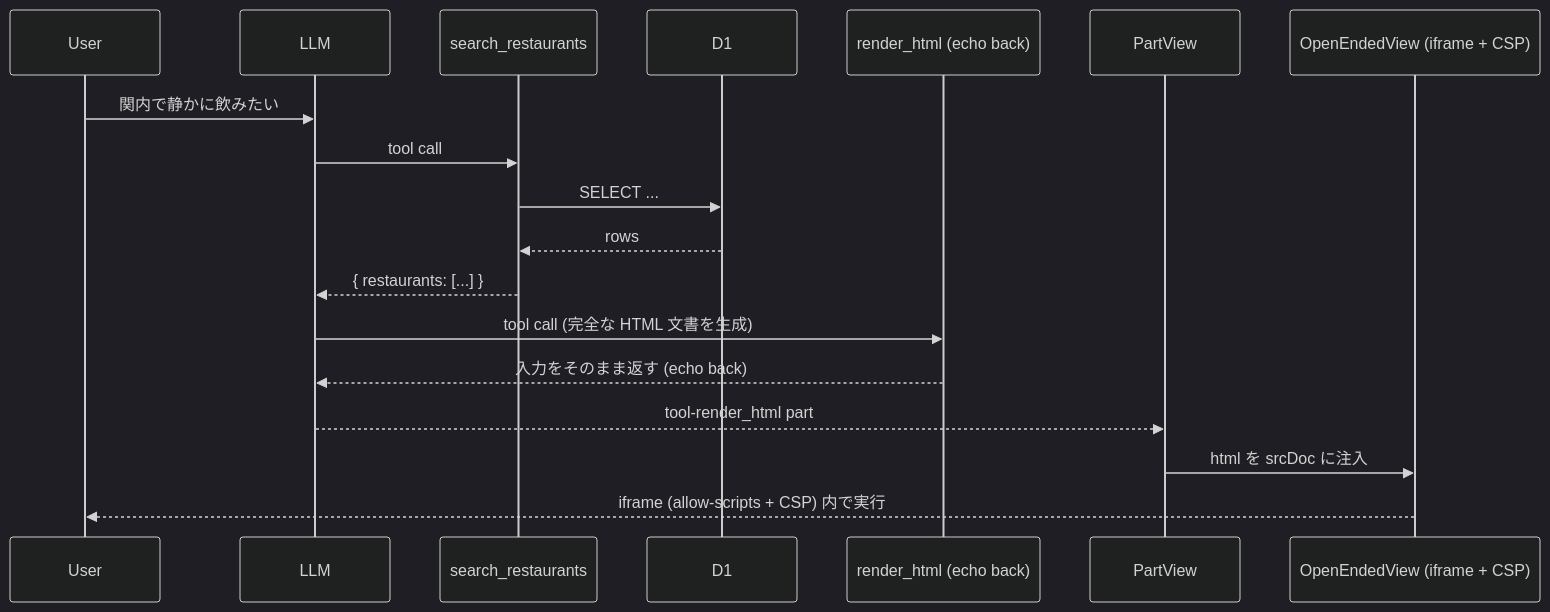
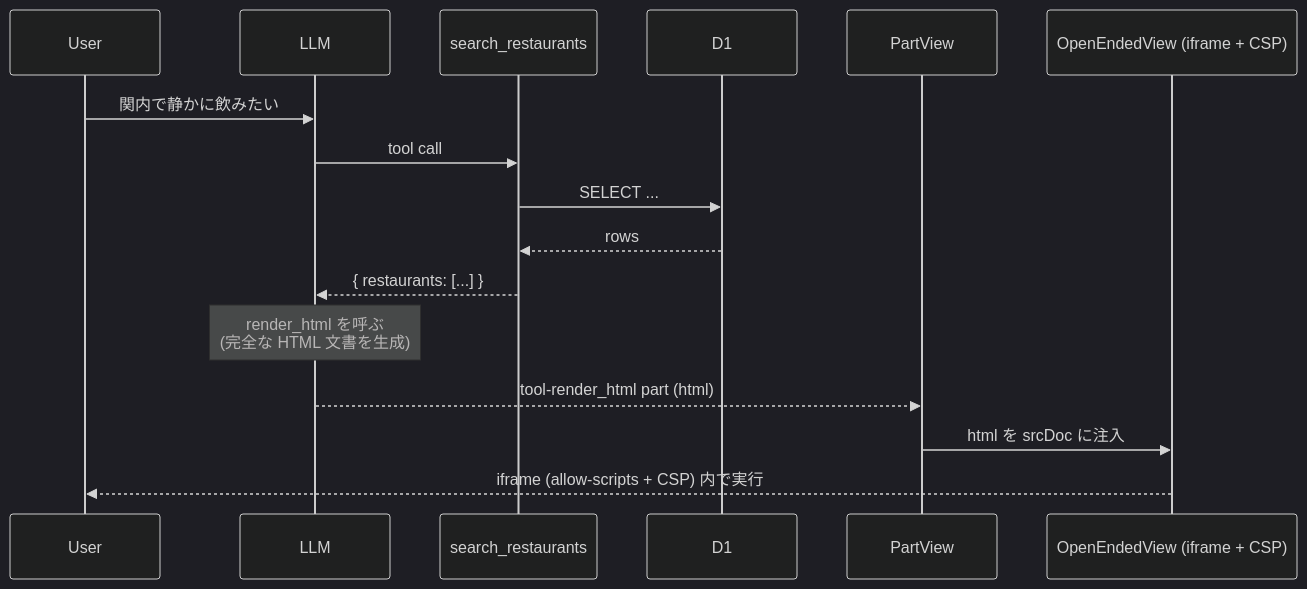
One commit to yusukebe/generative-ui-playground changed the seventh of 8 diagrams in README.md. Above: the diagram before and after it, drawn with Mermaid (dark theme). The commit also changed other lines of this file and 1 other file, not shown here.

First line of the commit message:
fix(README): echo back ツールを Note にまとめて図をスリム化

````diff
--- a/README.md
+++ b/README.md
@@ -181,21 +181,19 @@
 ```mermaid
 sequenceDiagram
   participant U as User
   participant L as LLM
-  participant T1 as search_restaurants
+  participant T as search_restaurants
   participant DB as D1
-  participant T2 as render_html (echo back)
   participant P as PartView
   participant I as OpenEndedView (iframe + CSP)
 
   U->>L: 関内で静かに飲みたい
-  L->>T1: tool call
-  T1->>DB: SELECT ...
-  DB-->>T1: rows
-  T1-->>L: { restaurants: [...] }
-  L->>T2: tool call (完全な HTML 文書を生成)
-  T2-->>L: 入力をそのまま返す (echo back)
-  L-->>P: tool-render_html part
+  L->>T: tool call
+  T->>DB: SELECT ...
+  DB-->>T: rows
+  T-->>L: { restaurants: [...] }
+  Note over L: render_html を呼ぶ<br/>(完全な HTML 文書を生成)
+  L-->>P: tool-render_html part (html)
   P->>I: html を srcDoc に注入
   I-->>U: iframe (allow-scripts + CSP) 内で実行
 ```
````
